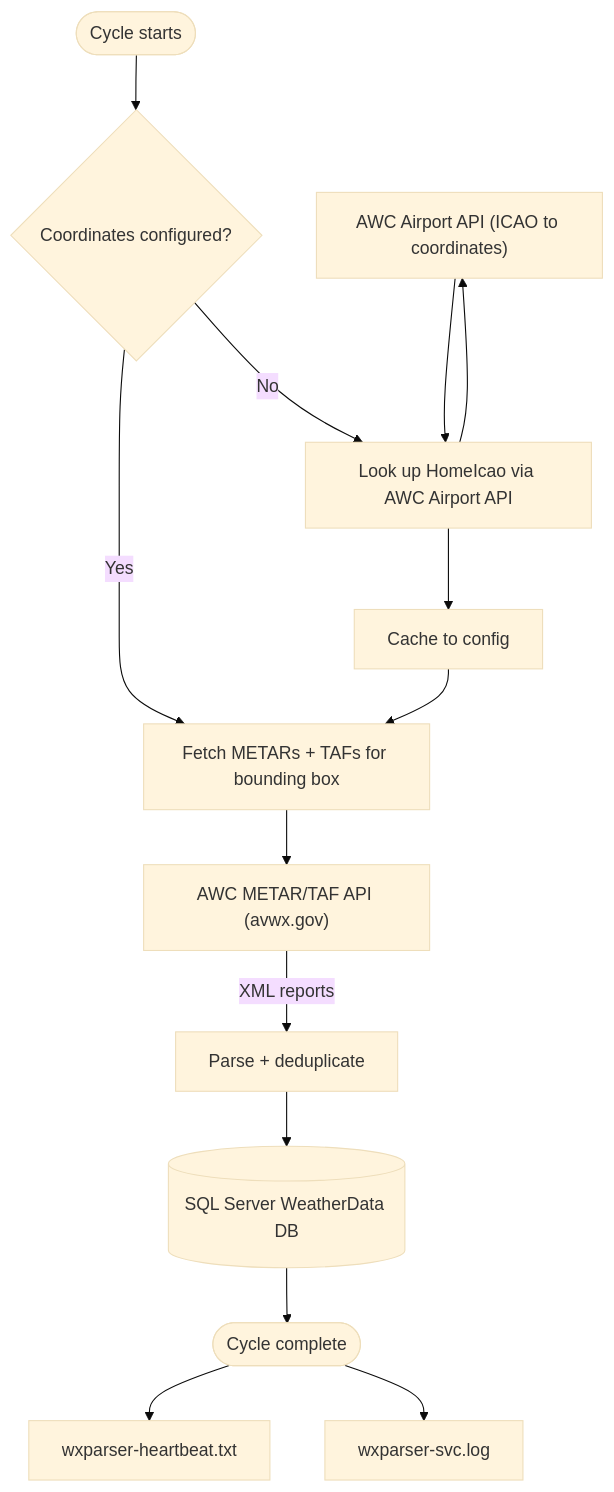
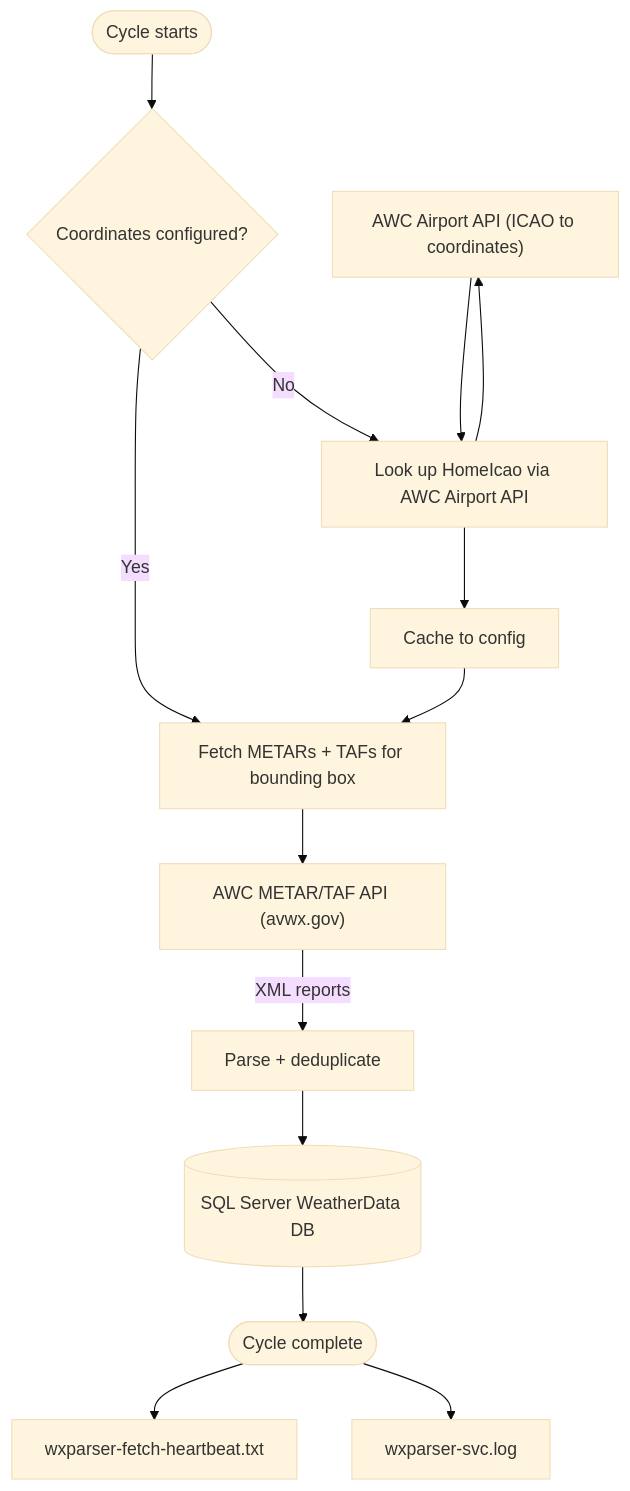
The second of 8 diagrams in WxServices/DESIGN.md (PaulHarder2/HarderWare), drawn with Mermaid (base theme) before and after one commit. The commit also changed other lines of this file and 21 other files, not shown here.

````diff
--- a/WxServices/DESIGN.md
+++ b/WxServices/DESIGN.md
@@ -114,24 +114,24 @@
 ```mermaid
 flowchart TD
     AWC["AWC METAR/TAF API (avwx.gov)"]
     AWC2["AWC Airport API (ICAO to coordinates)"]
     DB[("SQL Server WeatherData DB")]
     PLOG["wxparser-svc.log"]
-    PHB["wxparser-heartbeat.txt"]
+    PHB["wxparser-fetch-heartbeat.txt"]
 
     START([Cycle starts]) --> COORDS{Coordinates configured?}
     COORDS -->|Yes| FETCH
     COORDS -->|No| LOOKUP["Look up HomeIcao via AWC Airport API"]
     LOOKUP --> SAVE["Cache to config"]
     SAVE --> FETCH
 
     FETCH["Fetch METARs + TAFs for bounding box"] --> AWC
     AWC -->|XML reports| PARSE["Parse + deduplicate"]
     PARSE --> DB
     DB --> DONE([Cycle complete])
     DONE --> PHB
     DONE --> PLOG
 
     LOOKUP --> AWC2
     AWC2 --> LOOKUP
 ```
````
